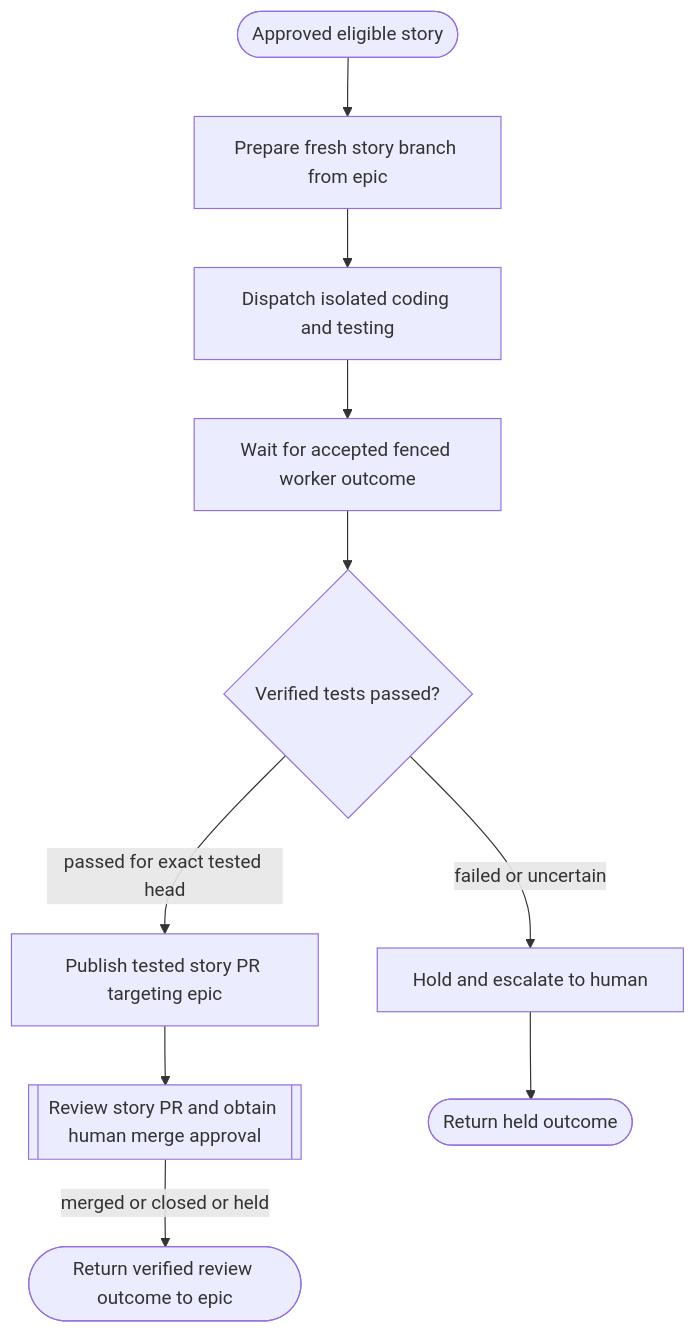
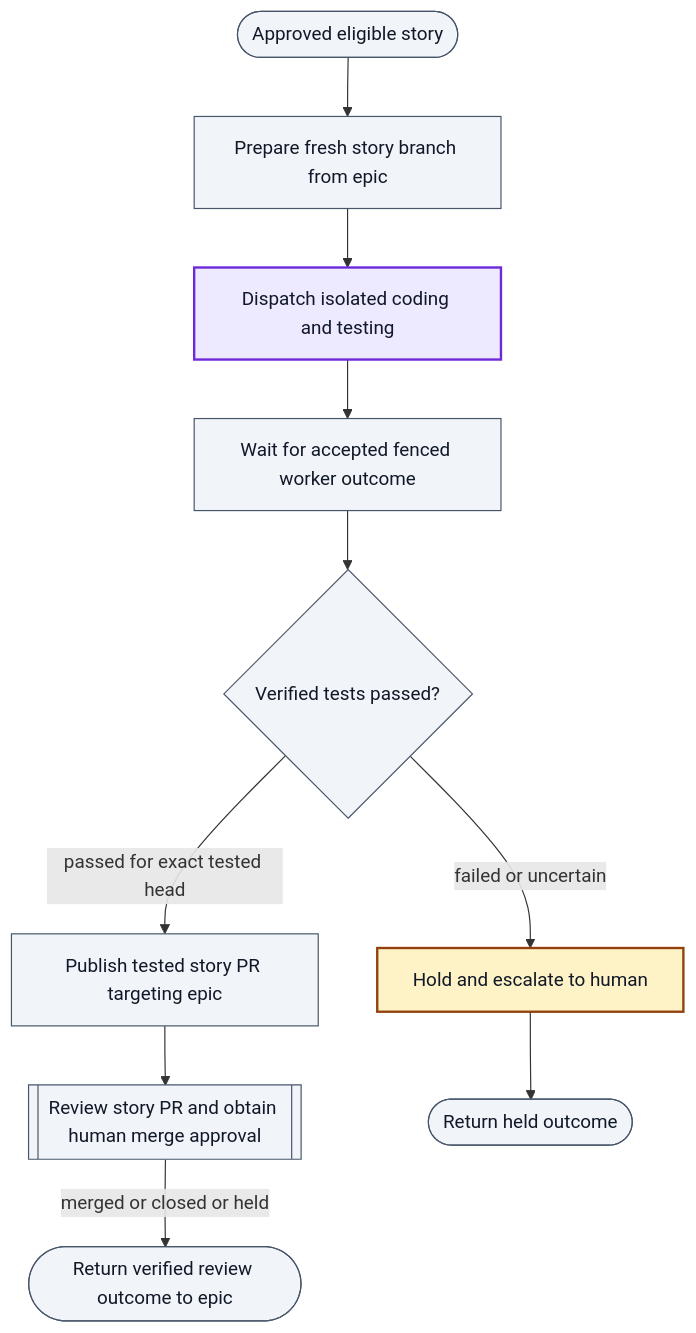
The second of 3 diagrams in docs/architecture/workflow-reference.md (skizzay/forgeflow), drawn with Mermaid before and after one commit. The commit also changed other lines of this file and 3 other files, not shown here.

````diff
--- a/docs/architecture/workflow-reference.md
+++ b/docs/architecture/workflow-reference.md
@@ -65,22 +90,28 @@
 ```mermaid
 flowchart TD
     storyStart(["Approved eligible story"])
     prepareStoryBranch["Prepare fresh story branch from epic"]
     dispatchImplementation["Dispatch isolated coding and testing"]
     awaitImplementation["Wait for accepted fenced worker outcome"]
     implementationResult{"Verified tests passed?"}
     publishStoryPR["Publish tested story PR targeting epic"]
     reviewStory[["Review story PR and obtain human merge approval"]]
     storyFinished(["Return verified review outcome to epic"])
     storyHold["Hold and escalate to human"]
     storyHeld(["Return held outcome"])
     storyStart --> prepareStoryBranch
     prepareStoryBranch --> dispatchImplementation
     dispatchImplementation --> awaitImplementation
     awaitImplementation --> implementationResult
     implementationResult -->|"passed for exact tested head"| publishStoryPR
     implementationResult -->|"failed or uncertain"| storyHold
     publishStoryPR --> reviewStory
     reviewStory -->|"merged or closed or held"| storyFinished
     storyHold --> storyHeld
+    classDef agent fill:#ede9fe,stroke:#6d28d9,color:#111827,stroke-width:2px;
+    classDef human fill:#fef3c7,stroke:#92400e,color:#111827,stroke-width:2px;
+    classDef automated fill:#f1f5f9,stroke:#475569,color:#111827;
+    class dispatchImplementation agent;
+    class storyHold human;
+    class awaitImplementation,implementationResult,prepareStoryBranch,publishStoryPR,reviewStory,storyFinished,storyHeld,storyStart automated;
 ```
````
